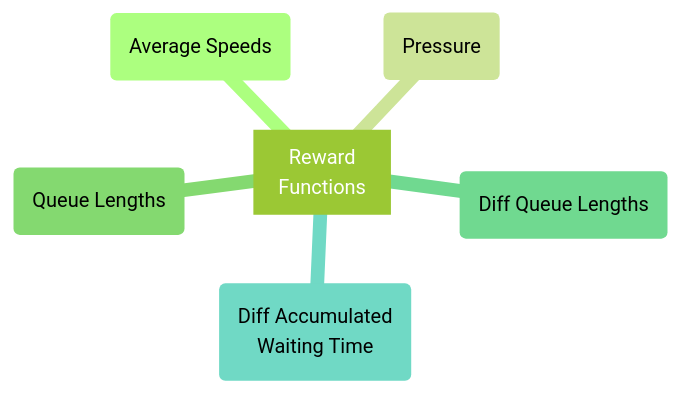
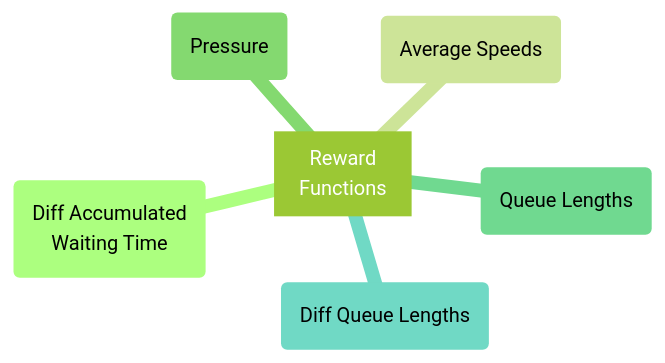
The diagram in figures/sumo-rf-rewards.mmd (frefolli/master-presentation), drawn with Mermaid (forest theme) before and after one commit. The commit also changed other lines of this file and 2 other files, not shown here.

```diff
--- a/figures/sumo-rf-rewards.mmd
+++ b/figures/sumo-rf-rewards.mmd
@@ -1,9 +1,9 @@
 mindmap
   root[Reward
   Functions]
+    dwt(Diff Accumulated
+    Waiting Time)
     as(Average Speeds)
     p(Pressure)
     ql(Queue Lengths)
     dql(Diff Queue Lengths)
-    dwt(Diff Accumulated
-    Waiting Time)
```
